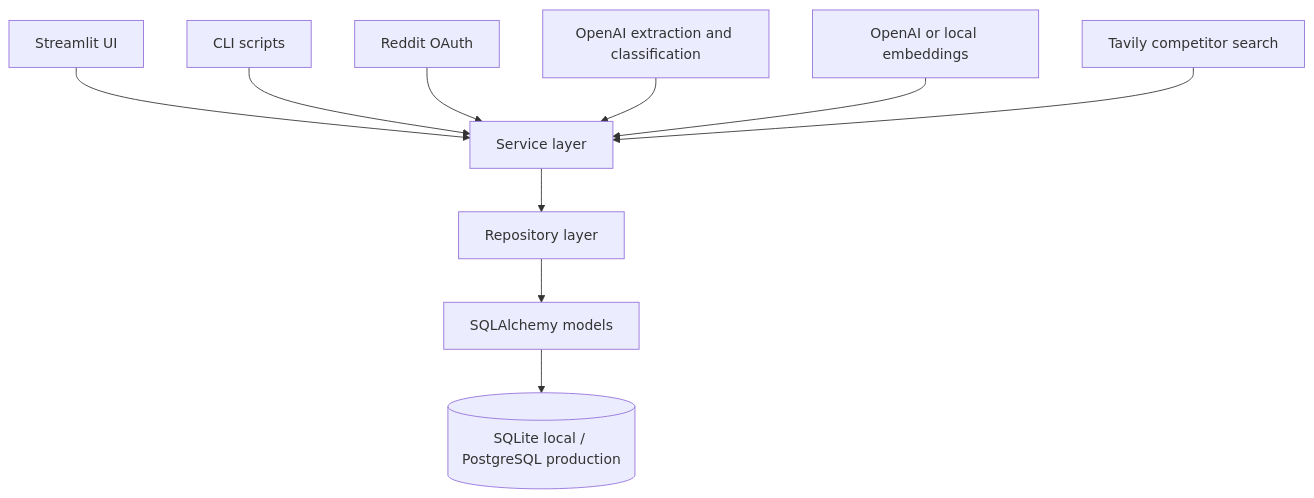
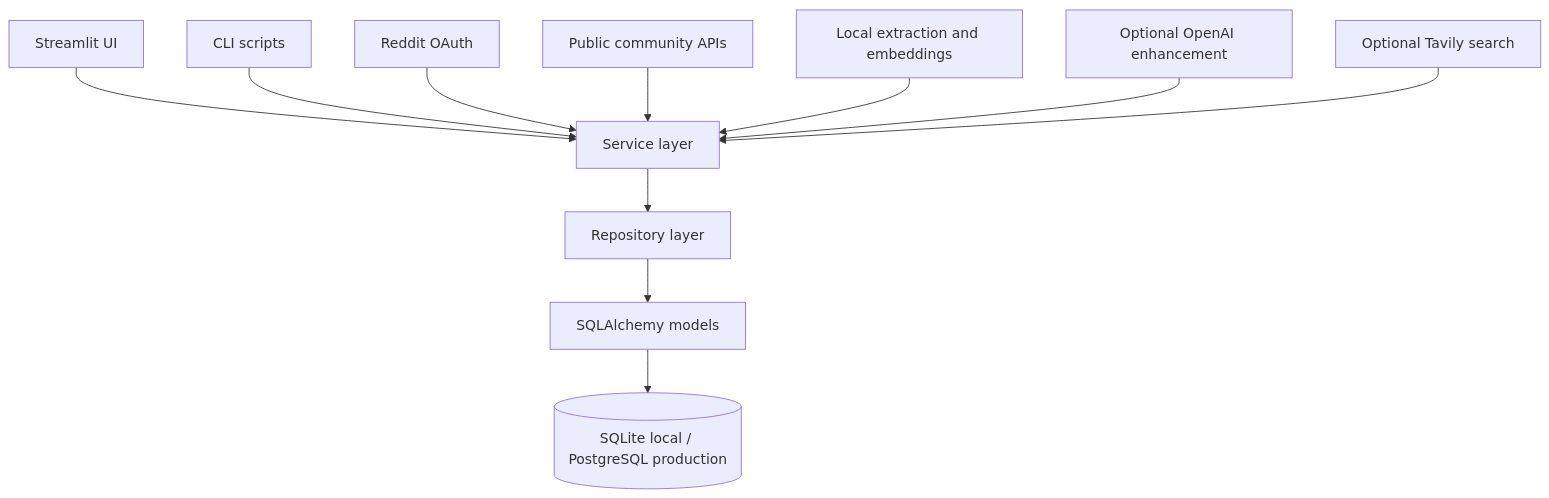
Before and after one commit to rayhanrinzan/InSift: the diagram in README.md, drawn with Mermaid. The commit also changed other lines of this file and 18 other files, not shown here.

````diff
--- a/README.md
+++ b/README.md
@@ -364,12 +365,13 @@
 ```mermaid
 flowchart TD
     UI[Streamlit UI] --> Services[Service layer]
     Scripts[CLI scripts] --> Services
     Services --> Repositories[Repository layer]
     Repositories --> Models[SQLAlchemy models]
     Models --> DB[(SQLite local / PostgreSQL production)]
     Reddit[Reddit OAuth] --> Services
-    OpenAI[OpenAI extraction and classification] --> Services
-    Embeddings[OpenAI or local embeddings] --> Services
-    Tavily[Tavily competitor search] --> Services
+    Community[Public community APIs] --> Services
+    Local[Local extraction and embeddings] --> Services
+    OpenAI[Optional OpenAI enhancement] --> Services
+    Tavily[Optional Tavily search] --> Services
 ```
````
